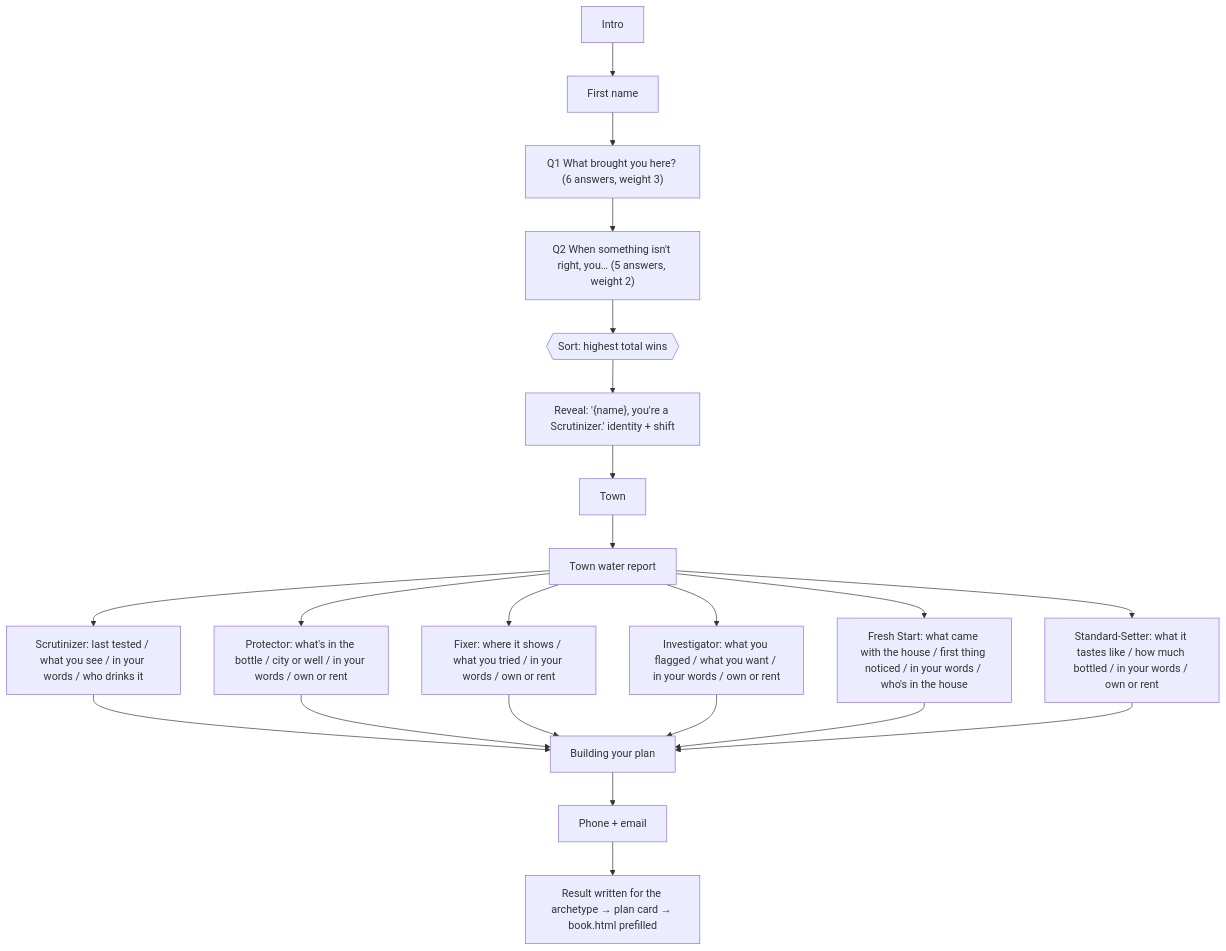
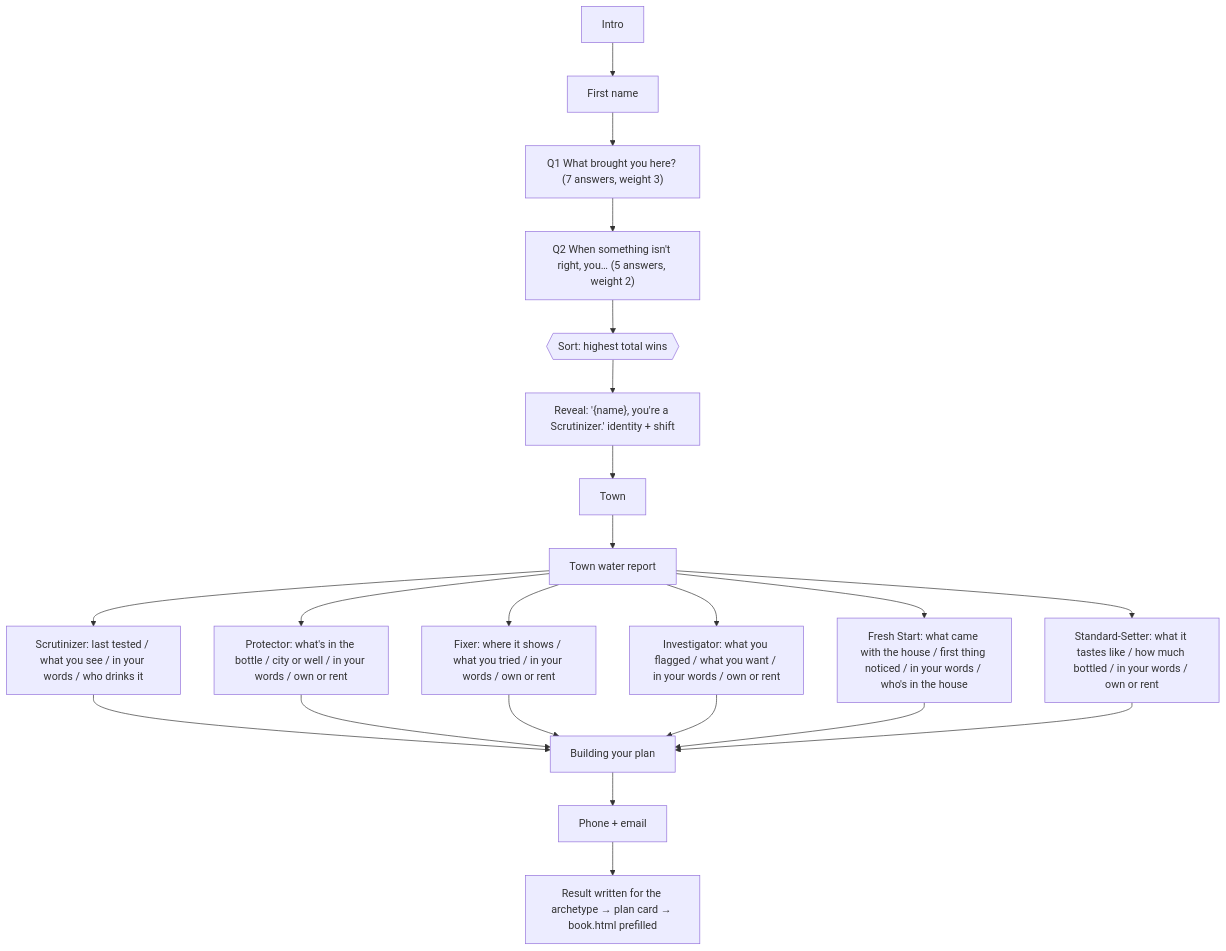
The diagram in README.md (silasnobrega/sundaywater), drawn with Mermaid before and after one commit. The commit also changed 8 other files, not shown here.

````diff
--- a/README.md
+++ b/README.md
@@ -52,16 +52,16 @@
 ```mermaid
 flowchart TD
   I[Intro] --> N[First name]
-  N --> Q1["Q1 What brought you here? (6 answers, weight 3)"]
+  N --> Q1["Q1 What brought you here? (7 answers, weight 3)"]
   Q1 --> Q2["Q2 When something isn't right, you… (5 answers, weight 2)"]
   Q2 --> R{{"Sort: highest total wins"}}
   R --> REV["Reveal: '{name}, you're a Scrutinizer.' identity + shift"]
   REV --> T[Town] --> TR[Town water report]
   TR --> S[Scrutinizer: last tested / what you see / in your words / who drinks it]
   TR --> P[Protector: what's in the bottle / city or well / in your words / own or rent]
   TR --> F[Fixer: where it shows / what you tried / in your words / own or rent]
   TR --> V[Investigator: what you flagged / what you want / in your words / own or rent]
   TR --> FS[Fresh Start: what came with the house / first thing noticed / in your words / who's in the house]
   TR --> ST[Standard-Setter: what it tastes like / how much bottled / in your words / own or rent]
   S & P & F & V & FS & ST --> B[Building your plan] --> C[Phone + email] --> RES["Result written for the archetype → plan card → book.html prefilled"]
 ```
````
